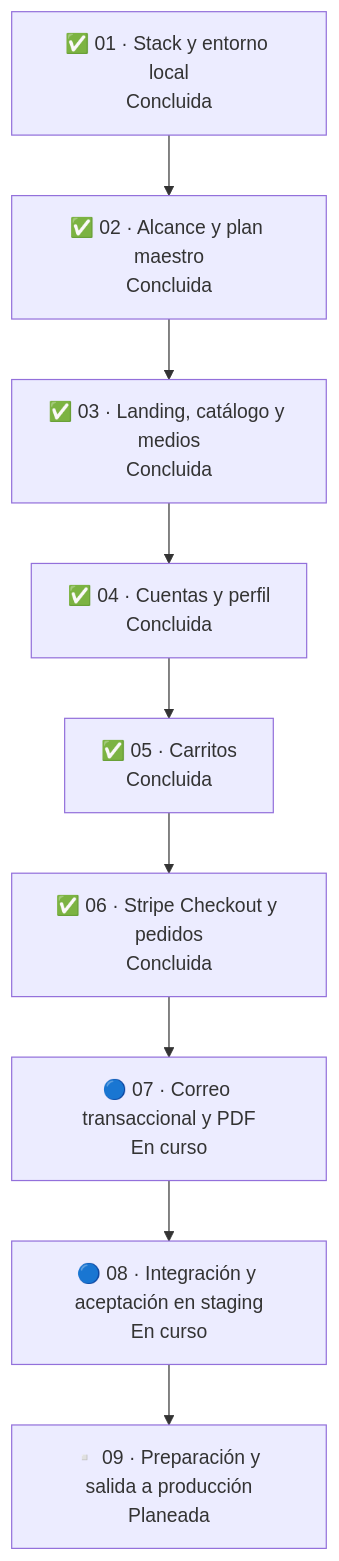
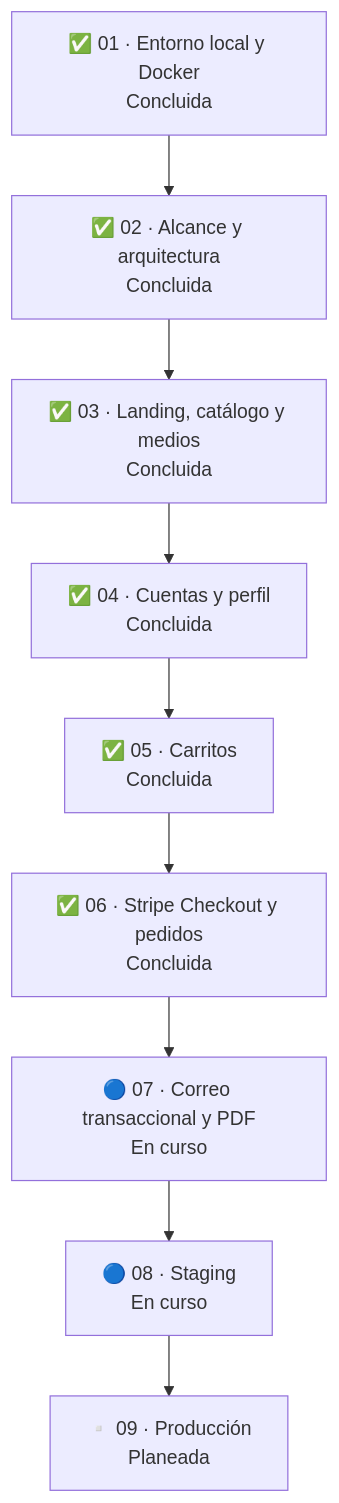
One commit to sadamlg/sr_del_mictlan_mezcal changed the diagram in docs/ROADMAP.md. Above: the diagram before and after it, drawn with Mermaid. The commit also changed other lines of this file and 12 other files, not shown here.

````diff
--- a/docs/ROADMAP.md
+++ b/docs/ROADMAP.md
@@ -19,11 +21,11 @@
 ```mermaid
 flowchart TB
-    p01["✅ 01 · Stack y entorno local<br/>Concluida"] --> p02["✅ 02 · Alcance y plan maestro<br/>Concluida"]
+    p01["✅ 01 · Entorno local y Docker<br/>Concluida"] --> p02["✅ 02 · Alcance y arquitectura<br/>Concluida"]
     p02 --> p03["✅ 03 · Landing, catálogo y medios<br/>Concluida"]
     p03 --> p04["✅ 04 · Cuentas y perfil<br/>Concluida"]
     p04 --> p05["✅ 05 · Carritos<br/>Concluida"]
     p05 --> p06["✅ 06 · Stripe Checkout y pedidos<br/>Concluida"]
     p06 --> p07["🔵 07 · Correo transaccional y PDF<br/>En curso"]
-    p07 --> p08["🔵 08 · Integración y aceptación en staging<br/>En curso"]
-    p08 --> p09["▫️ 09 · Preparación y salida a producción<br/>Planeada"]
+    p07 --> p08["🔵 08 · Staging<br/>En curso"]
+    p08 --> p09["▫️ 09 · Producción<br/>Planeada"]
 ```
````
